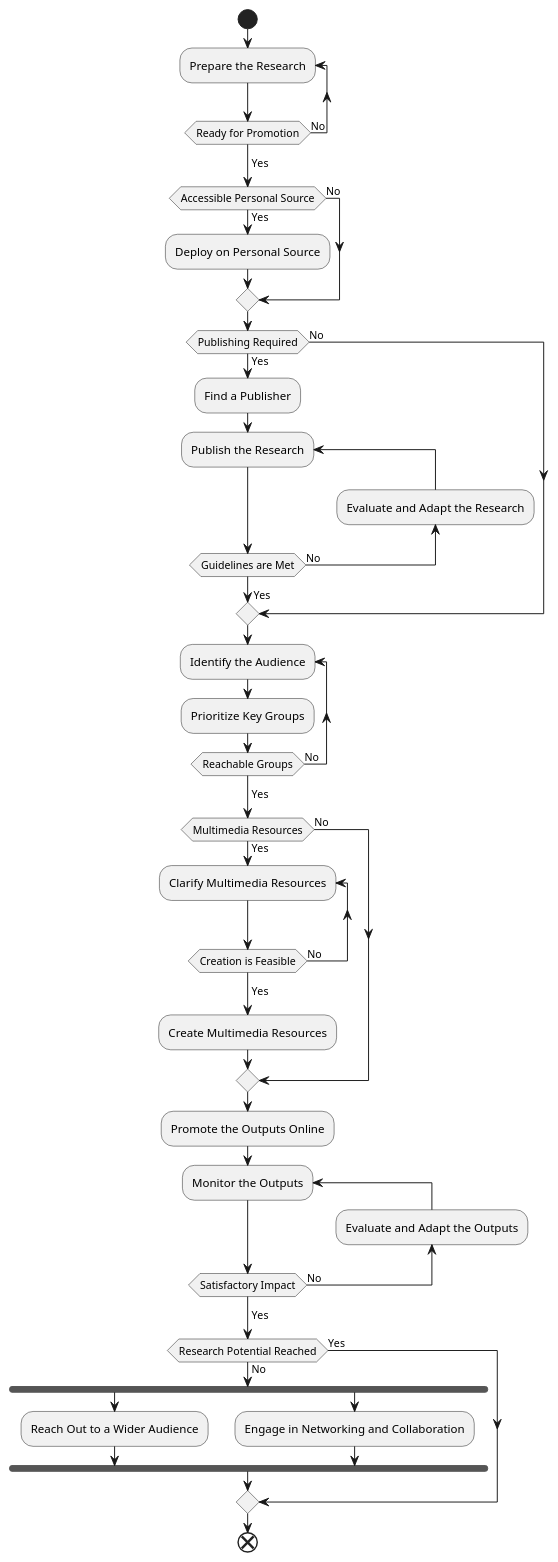
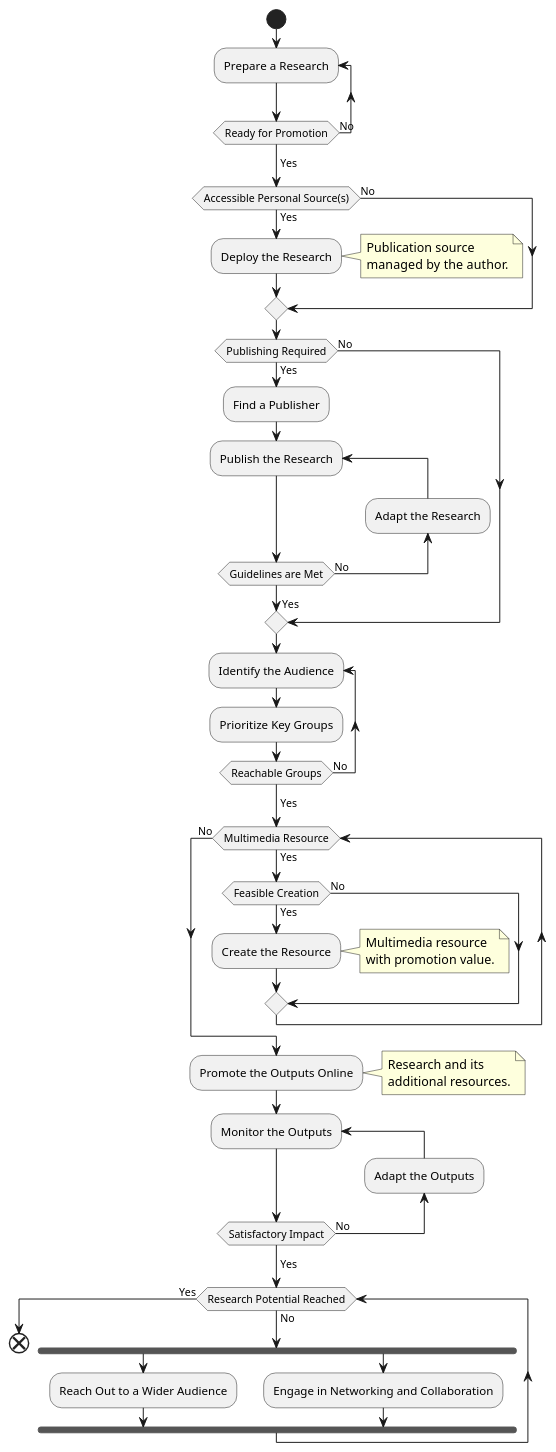
The diagram in diagrams/research-promotion/research-promotion.md (khasanshadiyarov/ABC), drawn with PlantUML before and after one commit. The commit also changed 5 other files, not shown here.

Commit message:
Optimize existing diagrams

````diff
--- a/diagrams/research-promotion/research-promotion.md
+++ b/diagrams/research-promotion/research-promotion.md
@@ -11,45 +11,55 @@
 ```plantuml
 @startuml
 start
-repeat :Prepare the Research;
+repeat :Prepare a Research;
 repeat while (Ready for Promotion) is (No)
 ->Yes;
-if (Accessible Personal Source) then (Yes)
-    :Deploy on Personal Source;
+if (Accessible Personal Source(s)) then (Yes)
+    :Deploy the Research;
+    note right
+        Publication source 
+        managed by the author.
+    endnote
 else (No)
 endif
 if (Publishing Required) then (Yes)
     :Find a Publisher;
     repeat :Publish the Research;
-    backward:Evaluate and Adapt the Research;
+    backward:Adapt the Research;
     repeat while (Guidelines are Met) is (No)
     ->Yes;
 else (No)
 endif
 repeat :Identify the Audience;
 :Prioritize Key Groups;
 repeat while (Reachable Groups) is (No)
 ->Yes;
-if (Multimedia Resources) then (Yes)
-    repeat :Clarify Multimedia Resources;
-    repeat while (Creation is Feasible) is (No)
-    ->Yes;
-    :Create Multimedia Resources;
-else (No)
-endif
+while (Multimedia Resource) is (Yes)
+    if (Feasible Creation) then (Yes)
+        :Create the Resource;
+        note right
+            Multimedia resource 
+            with promotion value.
+        endnote
+    else (No)
+    endif
+endwhile (No)
 :Promote the Outputs Online;
+note right
+    Research and its 
+    additional resources.
+endnote
 repeat :Monitor the Outputs;
-backward:Evaluate and Adapt the Outputs;
+backward:Adapt the Outputs;
 repeat while (Satisfactory Impact) is (No)
 ->Yes;
-if (Research Potential Reached) then (No)
+while (Research Potential Reached) is (No)
     fork
         :Reach Out to a Wider Audience;
     fork again
         :Engage in Networking and Collaboration;
     endfork
-else (Yes)
-endif
+endwhile (Yes)
 end
 @enduml
 ```
````
